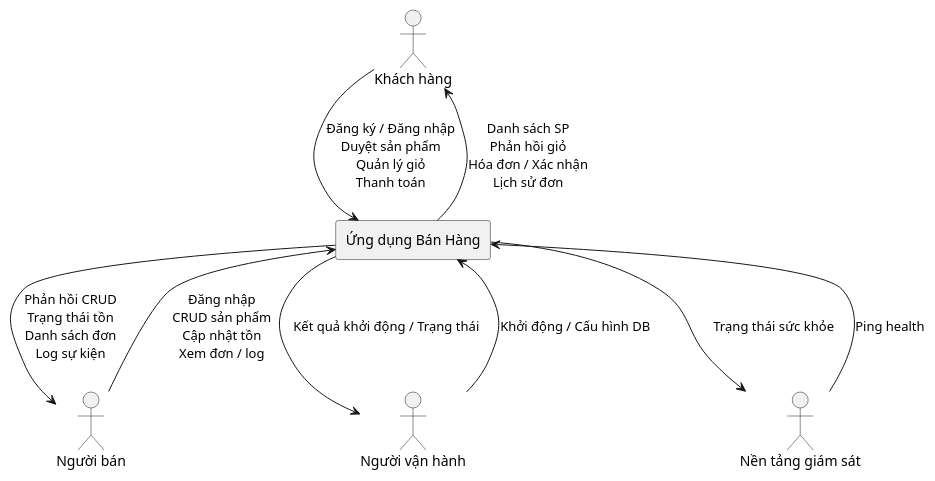
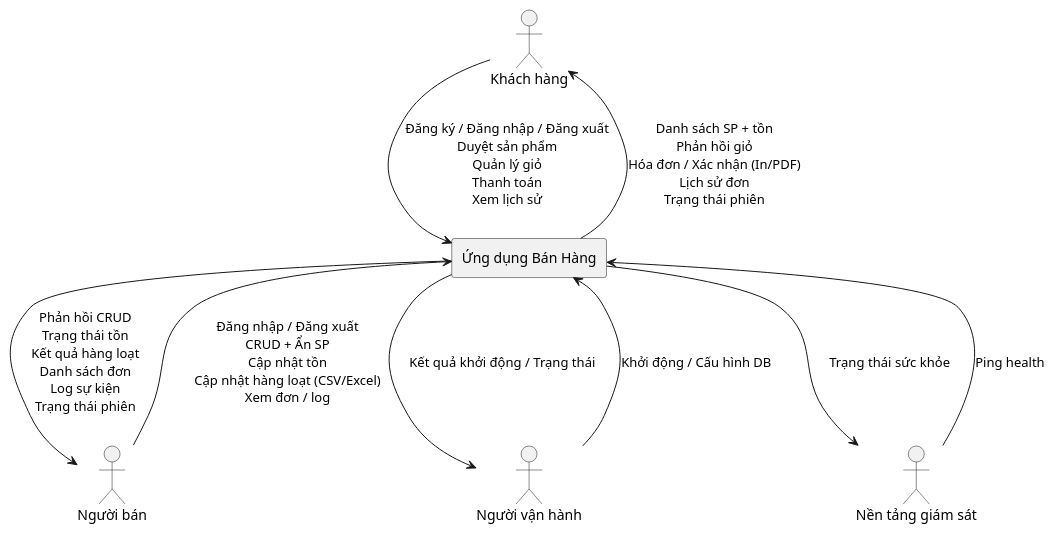
One commit to KhoaNguyen01004/QuanLyBanHang changed the diagram in software_dfd_level0.md. Above: the diagram before and after it, drawn with PlantUML. The commit also changed other lines of this file and 4 other files, not shown here.

````diff
--- a/software_dfd_level0.md
+++ b/software_dfd_level0.md
@@ -138,17 +144,17 @@
 ```plantuml
 @startuml DFD_Level_0
 actor "Khách hàng" as Customer
 actor "Người bán" as Merchant
 actor "Người vận hành" as Ops
 actor "Nền tảng giám sát" as Monitor
 rectangle "Ứng dụng Bán Hàng" as System
-Customer --> System : Đăng ký / Đăng nhập\nDuyệt sản phẩm\nQuản lý giỏ\nThanh toán
-System --> Customer : Danh sách SP\nPhản hồi giỏ\nHóa đơn / Xác nhận\nLịch sử đơn
-Merchant --> System : Đăng nhập\nCRUD sản phẩm\nCập nhật tồn\nXem đơn / log
-System --> Merchant : Phản hồi CRUD\nTrạng thái tồn\nDanh sách đơn\nLog sự kiện
+Customer --> System : Đăng ký / Đăng nhập / Đăng xuất\nDuyệt sản phẩm\nQuản lý giỏ\nThanh toán\nXem lịch sử
+System --> Customer : Danh sách SP + tồn\nPhản hồi giỏ\nHóa đơn / Xác nhận (In/PDF)\nLịch sử đơn\nTrạng thái phiên
+Merchant --> System : Đăng nhập / Đăng xuất\nCRUD + Ẩn SP\nCập nhật tồn\nCập nhật hàng loạt (CSV/Excel)\nXem đơn / log
+System --> Merchant : Phản hồi CRUD\nTrạng thái tồn\nKết quả hàng loạt\nDanh sách đơn\nLog sự kiện\nTrạng thái phiên
 Ops --> System : Khởi động / Cấu hình DB
 System --> Ops : Kết quả khởi động / Trạng thái
 Monitor --> System : Ping health
 System --> Monitor : Trạng thái sức khỏe
 @enduml
 ```
````
